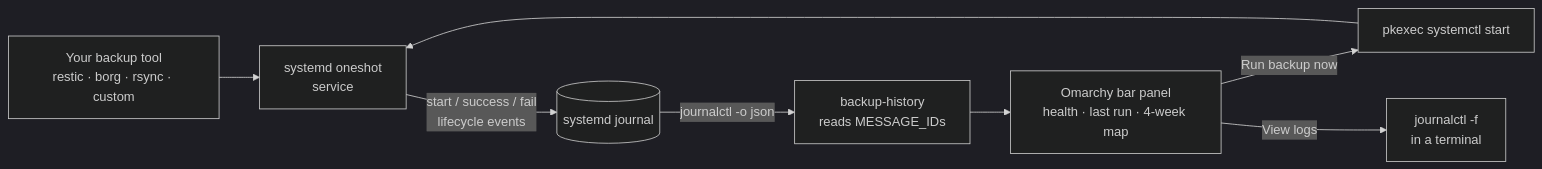
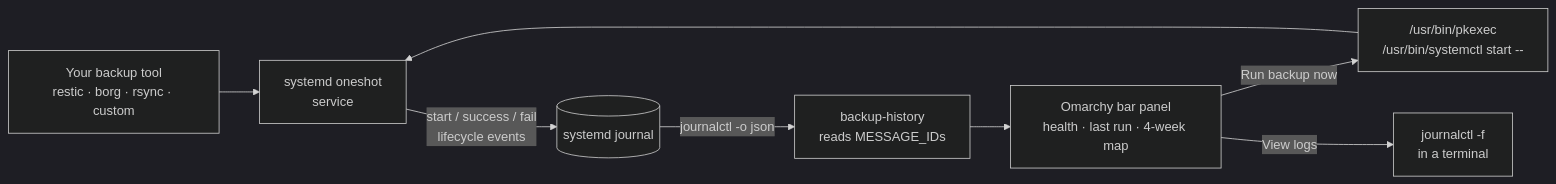
One commit to POSO-PocketSolutions/omarchy-backup-history changed the first of 2 diagrams in README.md. Above: the diagram before and after it, drawn with Mermaid (dark theme). The commit also changed 3 other files, not shown here.

````diff
--- a/README.md
+++ b/README.md
@@ -31,10 +31,10 @@
 ```mermaid
 flowchart LR
     B["Your backup tool<br/>restic · borg · rsync · custom"] --> S["systemd oneshot<br/>service"]
     S -->|"start / success / fail<br/>lifecycle events"| J[("systemd journal")]
     J -->|"journalctl -o json"| H["backup-history<br/>reads MESSAGE_IDs"]
     H --> P["Omarchy bar panel<br/>health · last run · 4-week map"]
-    P -->|"Run backup now"| R["pkexec systemctl start"]
+    P -->|"Run backup now"| R["/usr/bin/pkexec<br/>/usr/bin/systemctl start --"]
     R --> S
     P -->|"View logs"| L["journalctl -f<br/>in a terminal"]
 ```
````
